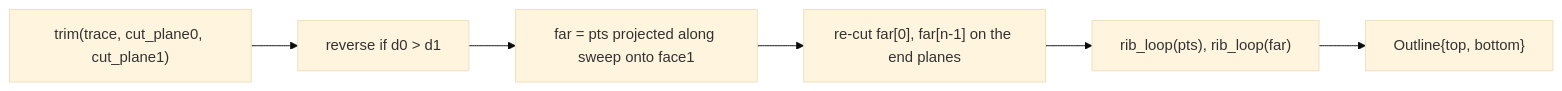
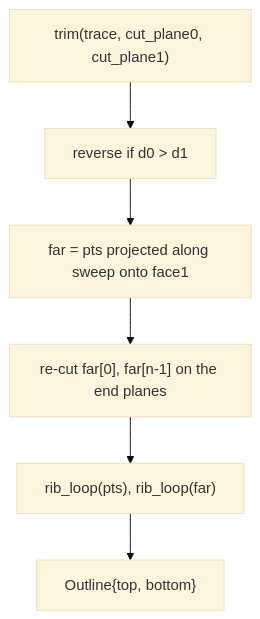
Before and after one commit to petrasvestartas/wood: the diagram in docs/templates/floor_05_rib_outlines.md, drawn with Mermaid (base theme). The commit also changed other lines of this file and 262 other files, not shown here.

Commit message:
wood: floor docs one sentence per step, pictures at 2x in Roboto with one pen, no overlaps, no hatching, black-edged solids; diagrams top to bottom; wood-film-docs skill with the style rules and generator templates

````diff
--- a/docs/templates/floor_05_rib_outlines.md
+++ b/docs/templates/floor_05_rib_outlines.md
@@ -12,8 +11,8 @@
 ```mermaid
-flowchart LR
+flowchart TD
     A["trim(trace, cut_plane0, cut_plane1)"] --> B["reverse if d0 > d1"]
     B --> C["far = pts projected along sweep onto face1"]
     C --> D["re-cut far[0], far[n-1] on the end planes"]
     D --> E["rib_loop(pts), rib_loop(far)"]
     E --> F["Outline{top, bottom}"]
 ```
````
